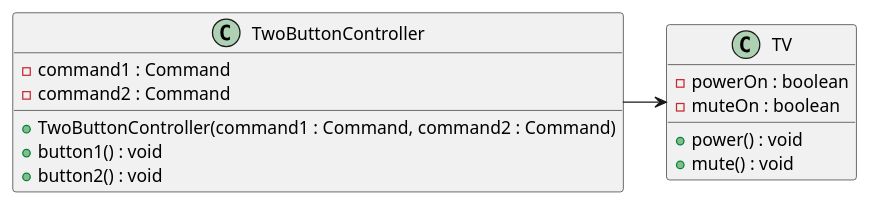
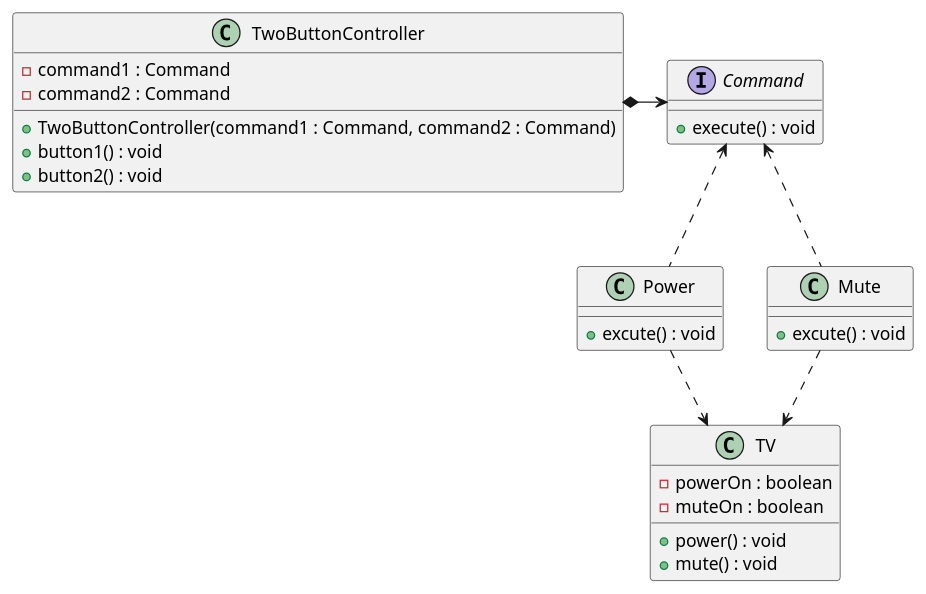
The diagram in study-design-pattern/src/main/java/com/my/studydesignpattern/chapter8/practice2/practice2-2.puml (hjhello423/toy), drawn with PlantUML before and after one commit. The commit also changed 28 other files, not shown here.

```diff
--- a/study-design-pattern/src/main/java/com/my/studydesignpattern/chapter8/practice2/practice2-2.puml
+++ b/study-design-pattern/src/main/java/com/my/studydesignpattern/chapter8/practice2/practice2-2.puml
@@ -1,20 +1,38 @@
 @startuml
 
 class TwoButtonController {
 - command1 : Command
 - command2 : Command
 + TwoButtonController(command1 : Command, command2 : Command)
 + button1() : void
 + button2() : void
 }
 
+interface Command {
++ execute() : void
+}
+
+class Power {
++ excute() : void
+}
+
+class Mute {
++ excute() : void
+}
+
 class TV {
 - powerOn : boolean
 - muteOn : boolean
 + power() : void
-+mute() : void
++ mute() : void
 }
 
-TwoButtonController -> TV
+TwoButtonController *-> Command
+Command <.. Power
+Command <.. Mute
+
+Power ..> TV
+Mute ..> TV
+
 
 @enduml
```
